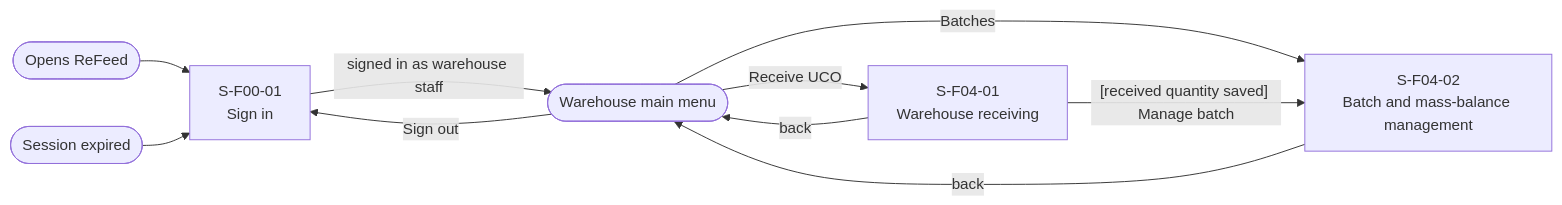
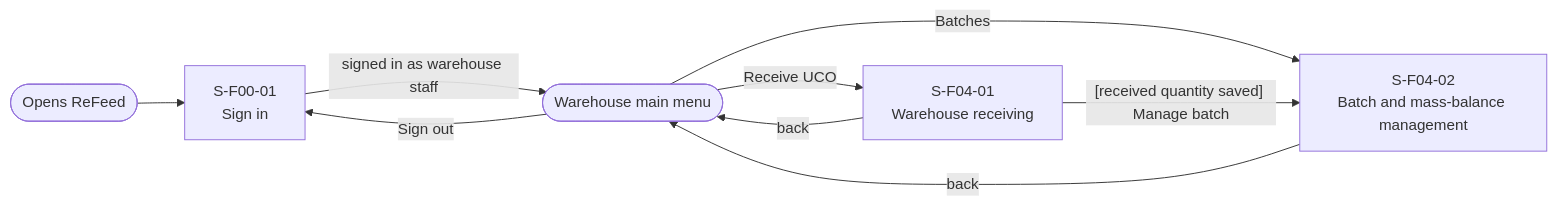
One commit to thuyvicbh-alt/DBIZ2---GROUP-D changed the third of 4 diagrams in docs/external-design/trial.md. Above: the diagram before and after it, drawn with Mermaid. The commit also changed other lines of this file, not shown here.

````diff
--- a/docs/external-design/trial.md
+++ b/docs/external-design/trial.md
@@ -85,18 +83,16 @@
 ```mermaid
 flowchart LR
   entry(["Opens ReFeed"])
-  expired(["Session expired"])
   menu(["Warehouse main menu"])
   S00_01["S-F00-01<br>Sign in"]
   S04_01["S-F04-01<br>Warehouse receiving"]
   S04_02["S-F04-02<br>Batch and mass-balance management"]
   entry --> S00_01
-  expired --> S00_01
   S00_01 -->|"signed in as warehouse staff"| menu
   menu -->|"Receive UCO"| S04_01
   menu -->|"Batches"| S04_02
   menu -->|"Sign out"| S00_01
   S04_01 -->|"[received quantity saved] Manage batch"| S04_02
   S04_01 -->|"back"| menu
   S04_02 -->|"back"| menu
 ```
````
